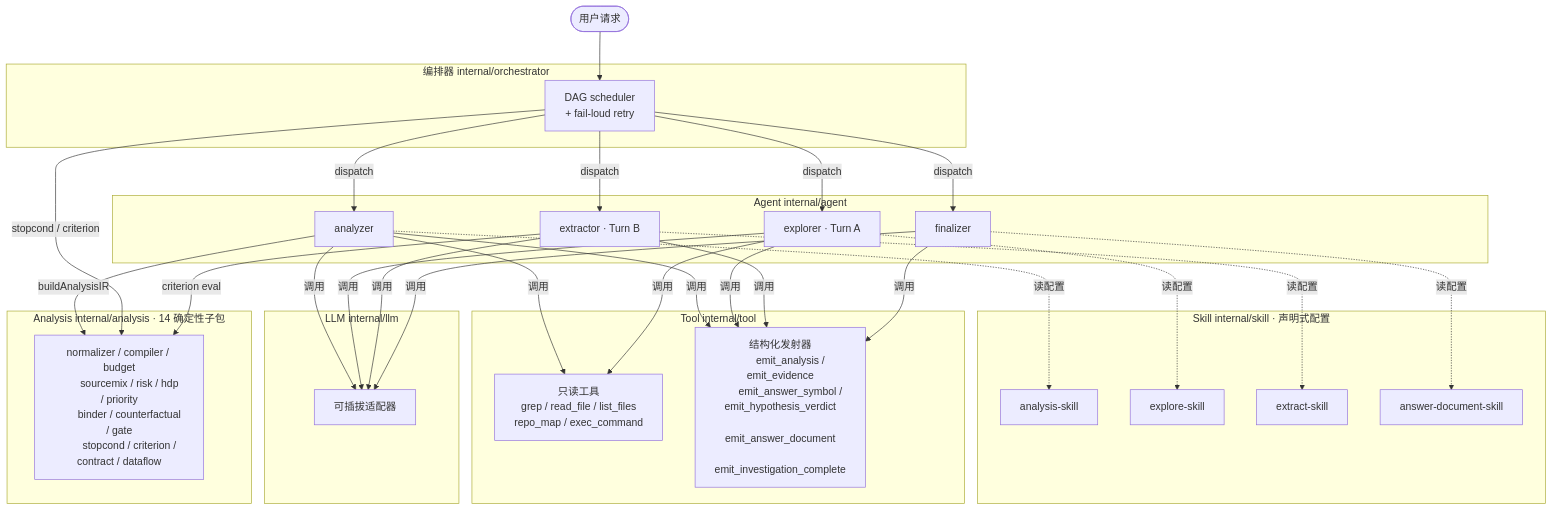
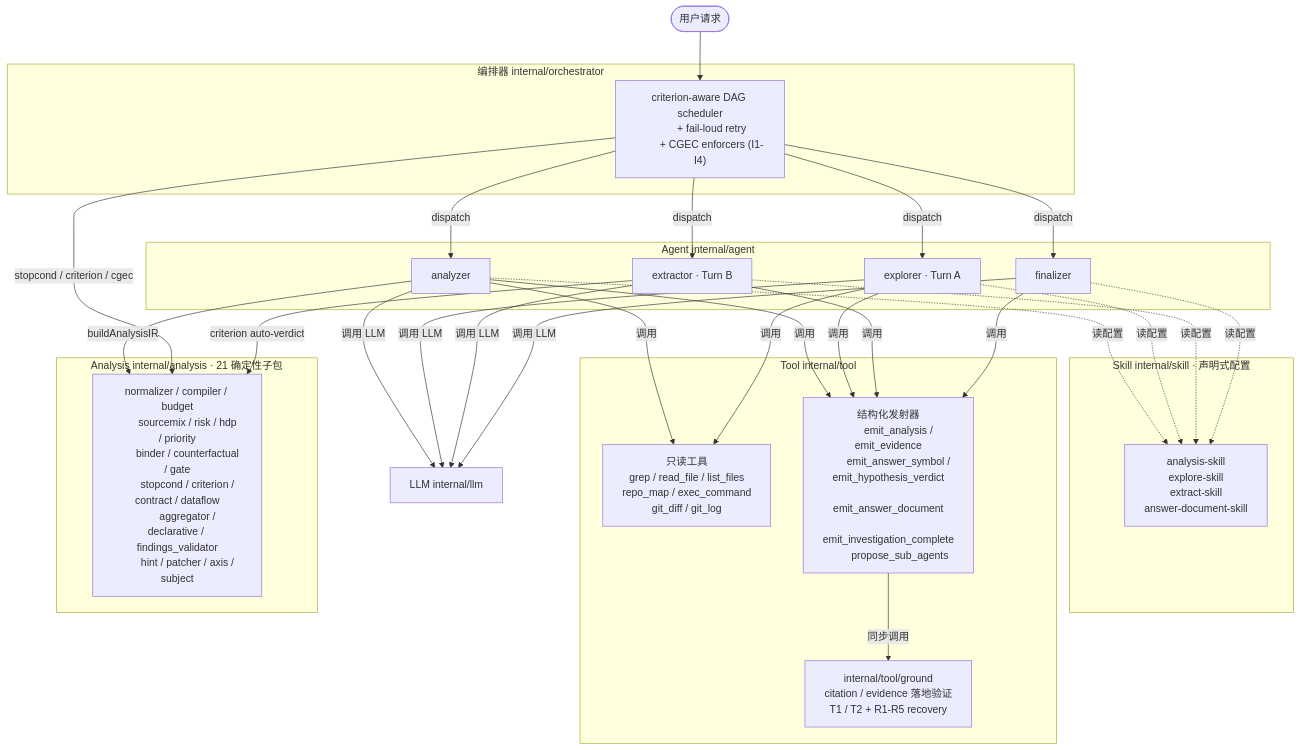
Before and after one commit to hanchaoqun/codrax: the first of 4 diagrams in docs/architecture.md, drawn with Mermaid. The commit also changed other lines of this file and 2 other files, not shown here.

First line of the commit message:
docs(architecture): rewrite to current state; drop session11 design memos

````diff
--- a/docs/architecture.md
+++ b/docs/architecture.md
@@ -64,58 +54,60 @@
 ```mermaid
 graph TB
     User([用户请求])
 
     subgraph Orchestrator["编排器 internal/orchestrator"]
-        Orch["DAG scheduler
-        + fail-loud retry"]
+        Orch["criterion-aware DAG scheduler
+        + fail-loud retry
+        + CGEC enforcers (I1-I4)"]
     end
 
     subgraph Agents["Agent internal/agent"]
         A1["analyzer"]
         A2["explorer · Turn A"]
         A3["extractor · Turn B"]
         A4["finalizer"]
     end
 
     subgraph Skills["Skill internal/skill · 声明式配置"]
-        S1["analysis-skill"]
-        S2["explore-skill"]
-        S3["extract-skill"]
-        S4["answer-document-skill"]
+        S["analysis-skill
+        explore-skill
+        extract-skill
+        answer-document-skill"]
     end
 
     subgraph Tools["Tool internal/tool"]
         T["只读工具
         grep / read_file / list_files
-        repo_map / exec_command"]
+        repo_map / exec_command
+        git_diff / git_log"]
         E["结构化发射器
         emit_analysis / emit_evidence
         emit_answer_symbol / emit_hypothesis_verdict
         emit_answer_document
-        emit_investigation_complete"]
+        emit_investigation_complete
+        propose_sub_agents"]
+        G["internal/tool/ground
+        citation / evidence 落地验证
+        T1 / T2 + R1-R5 recovery"]
     end
 
-    subgraph LLMLayer["LLM internal/llm"]
-        LLM["可插拔适配器"]
-    end
-
-    subgraph Analysis["Analysis internal/analysis · 14 确定性子包"]
+    subgraph Analysis["Analysis internal/analysis · 21 确定性子包"]
         AN["normalizer / compiler / budget
         sourcemix / risk / hdp / priority
         binder / counterfactual / gate
-        stopcond / criterion / contract / dataflow"]
+        stopcond / criterion / contract / dataflow
+        aggregator / declarative / findings_validator
+        hint / patcher / axis / subject"]
     end
 
     User --> Orch
     Orch -->|dispatch| A1 & A2 & A3 & A4
-    A1 -.->|读配置| S1
-    A2 -.->|读配置| S2
-    A3 -.->|读配置| S3
-    A4 -.->|读配置| S4
+    A1 & A2 & A3 & A4 -.->|读配置| S
     A1 & A2 -->|调用| T
     A1 & A2 & A3 & A4 -->|调用| E
-    A1 & A2 & A3 & A4 -->|调用| LLM
+    E -->|同步调用| G
+    A1 & A2 & A3 & A4 -->|调用 LLM| LLM[LLM internal/llm]
     A1 -->|buildAnalysisIR| AN
-    Orch -->|stopcond / criterion| AN
-    A3 -->|criterion eval| AN
+    Orch -->|stopcond / criterion / cgec| AN
+    A3 -->|criterion auto-verdict| AN
 ```
````
